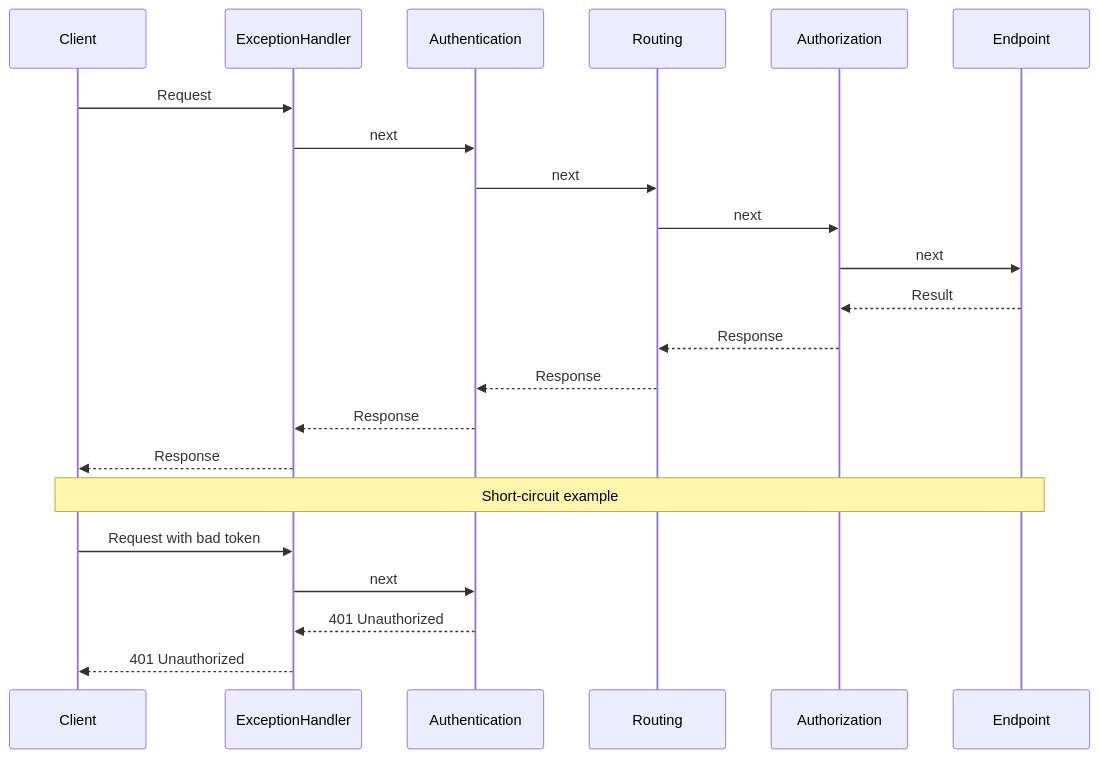
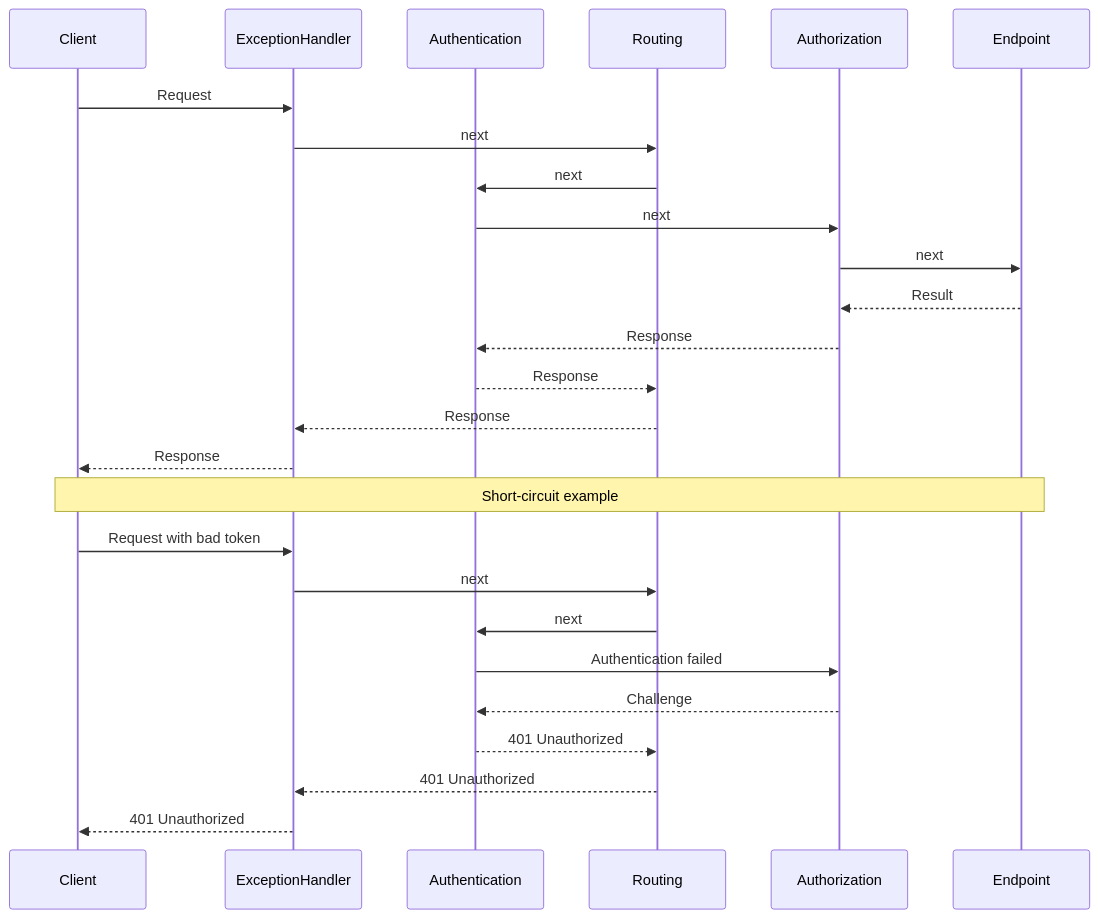
One commit to grafanaKibana/devbook.zip changed the diagram in Vault/Home/Programming/NET/ASP.NET Web API/Middlewares.md. Above: the diagram before and after it, drawn with Mermaid. The commit also changed other lines of this file and 47 other files, not shown here.

````diff
--- a/Vault/Home/Programming/NET/ASP.NET Web API/Middlewares.md
+++ b/Vault/Home/Programming/NET/ASP.NET Web API/Middlewares.md
@@ -19,26 +19,30 @@
 ```mermaid
 sequenceDiagram
     participant C as Client
     participant EH as ExceptionHandler
     participant Auth as Authentication
     participant R as Routing
     participant AZ as Authorization
     participant EP as Endpoint
 
     C->>EH: Request
-    EH->>Auth: next
-    Auth->>R: next
-    R->>AZ: next
+    EH->>R: next
+    R->>Auth: next
+    Auth->>AZ: next
     AZ->>EP: next
     EP-->>AZ: Result
-    AZ-->>R: Response
-    R-->>Auth: Response
-    Auth-->>EH: Response
+    AZ-->>Auth: Response
+    Auth-->>R: Response
+    R-->>EH: Response
     EH-->>C: Response
 
     Note over C,EP: Short-circuit example
     C->>EH: Request with bad token
-    EH->>Auth: next
-    Auth-->>EH: 401 Unauthorized
+    EH->>R: next
+    R->>Auth: next
+    Auth->>AZ: Authentication failed
+    AZ-->>Auth: Challenge
+    Auth-->>R: 401 Unauthorized
+    R-->>EH: 401 Unauthorized
     EH-->>C: 401 Unauthorized
 ```
````
